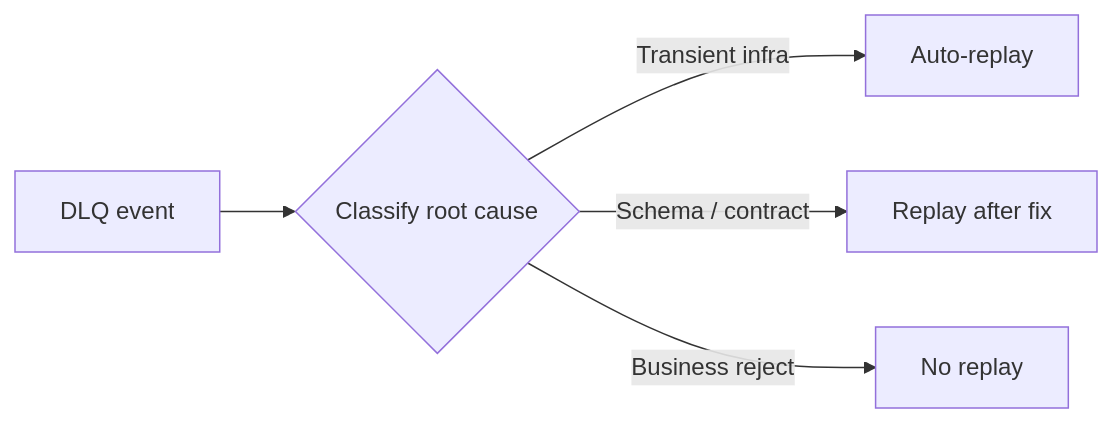
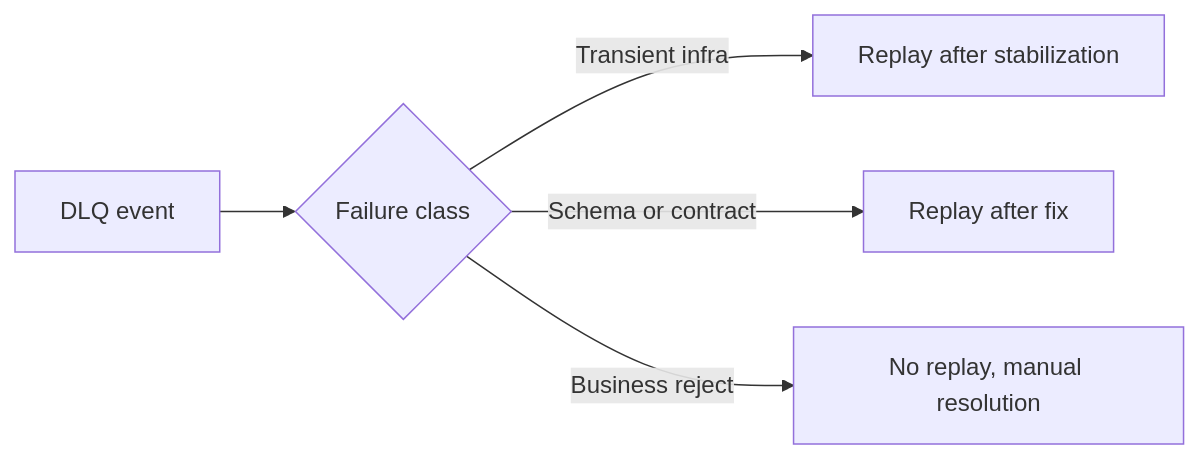
One commit to sandeepbhardwaj/sandeepbhardwaj.github.io changed the diagram in _posts/2026-06-29-kafka-retry-dlq-poison-message-patterns-part-3.md. Above: the diagram before and after it, drawn with Mermaid. The commit also changed other lines of this file and 113 other files, not shown here.

````diff
--- a/_posts/2026-06-29-kafka-retry-dlq-poison-message-patterns-part-3.md
+++ b/_posts/2026-06-29-kafka-retry-dlq-poison-message-patterns-part-3.md
@@ -45,7 +41,7 @@
 ```mermaid
 flowchart LR
-    A[DLQ event] --> B{Classify root cause}
-    B -->|Transient infra| C[Auto-replay]
-    B -->|Schema / contract| D[Replay after fix]
-    B -->|Business reject| E[No replay]
+    A[DLQ event] --> B{Failure class}
+    B -->|Transient infra| C[Replay after stabilization]
+    B -->|Schema or contract| D[Replay after fix]
+    B -->|Business reject| E[No replay, manual resolution]
 ```
````
